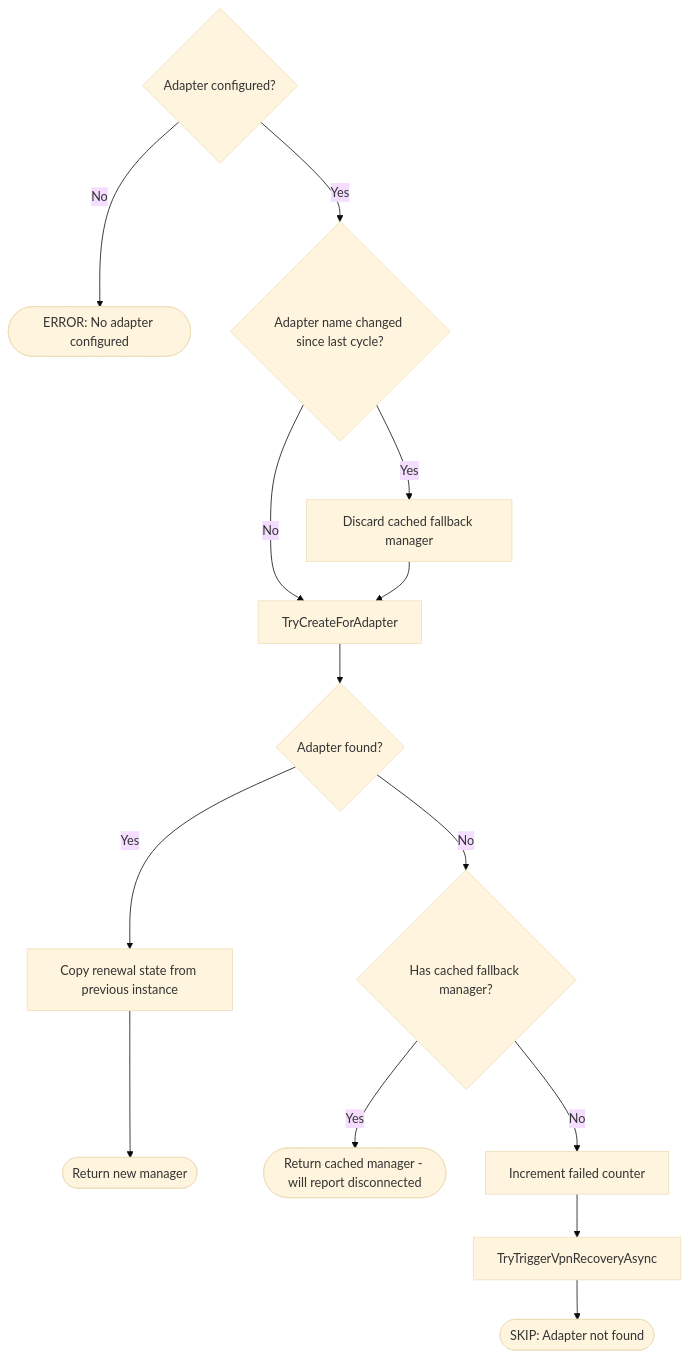
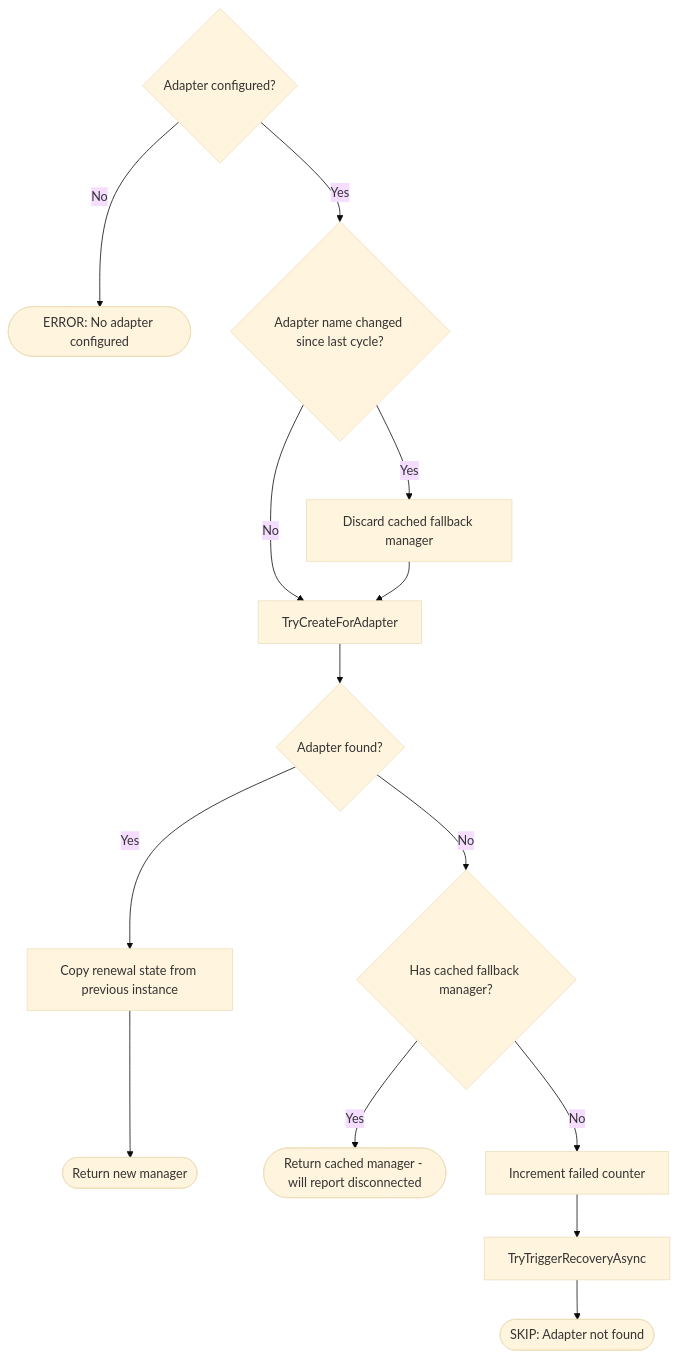
The second of 2 diagrams in SYNC-CYCLE.md (martsg666/qbPortWeaver), drawn with Mermaid (base theme) before and after one commit. The commit also changed other lines of this file and 22 other files, not shown here.

````diff
--- a/SYNC-CYCLE.md
+++ b/SYNC-CYCLE.md
@@ -74,16 +74,16 @@
 ```mermaid
 flowchart TD
     A{Adapter configured?} -- No --> ERR([ERROR: No adapter configured])
     A -- Yes --> B{Adapter name changed since last cycle?}
     B -- Yes --> DISCARD[Discard cached fallback manager]
     B -- No --> C
     DISCARD --> C[TryCreateForAdapter]
     C --> D{Adapter found?}
     D -- Yes --> COPY[Copy renewal state from previous instance]
     COPY --> RETURN([Return new manager])
     D -- No --> E{Has cached fallback manager?}
     E -- Yes --> FALLBACK([Return cached manager - will report disconnected])
     E -- No --> F[Increment failed counter]
-    F --> G[TryTriggerVpnRecoveryAsync]
+    F --> G[TryTriggerRecoveryAsync]
     G --> SKIP_STATUS([SKIP: Adapter not found])
 ```
````
